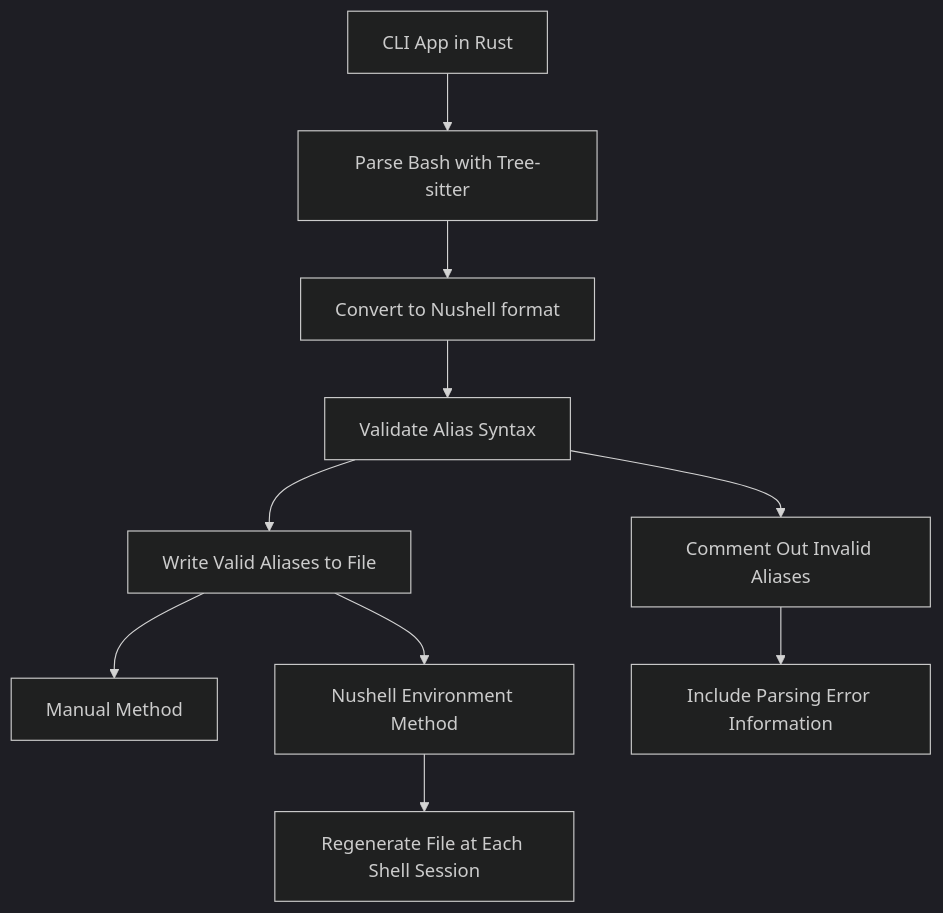
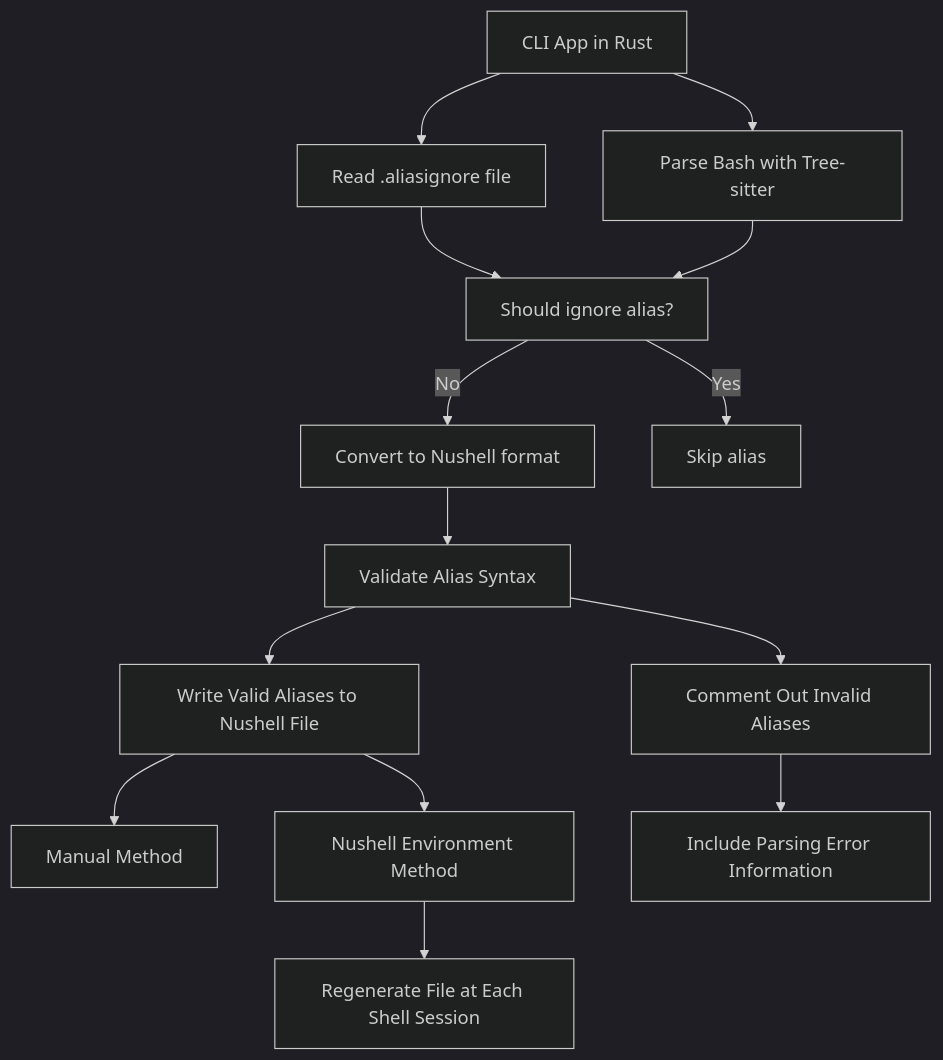
The diagram in README.md (marcelarie/nu-alias-converter), drawn with Mermaid before and after one commit. The commit also changed other lines of this file, not shown here.

Commit message:
improve README.md with information about ignoring aliases

````diff
--- a/README.md
+++ b/README.md
@@ -29,18 +29,22 @@
 ```mermaid
 ---
 config:
   theme: dark
   look: classic
   layout: dagre
 ---
 graph TD
-  A[CLI App in Rust] --> B[Parse Bash with Tree-sitter]
-  B --> C[Convert to Nushell format]
+  A[CLI App in Rust] --> K[Read .aliasignore file]
+  A --> B[Parse Bash with Tree-sitter]
+  K --> L[Should ignore alias?]
+  B --> L
+  L -->|No| C[Convert to Nushell format]
+  L -->|Yes| M[Skip alias]
   C --> D[Validate Alias Syntax]
-  D --> E[Write Valid Aliases to File]
+  D --> E[Write Valid Aliases to Nushell File]
   E --> F[Manual Method]
   E --> G[Nushell Environment Method]
   G --> H[Regenerate File at Each Shell Session]
   D --> I[Comment Out Invalid Aliases]
   I --> J[Include Parsing Error Information]
 ```
````
